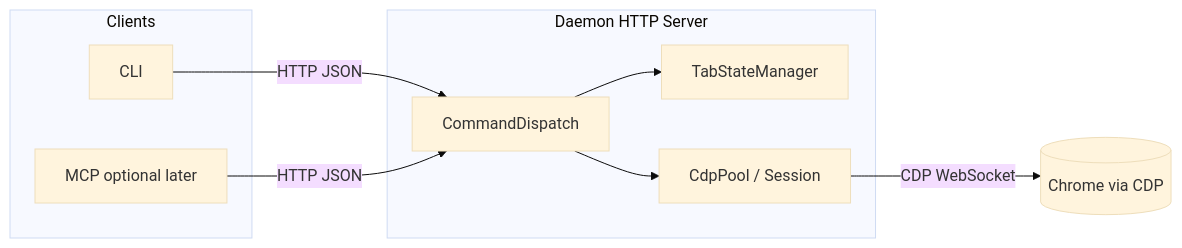
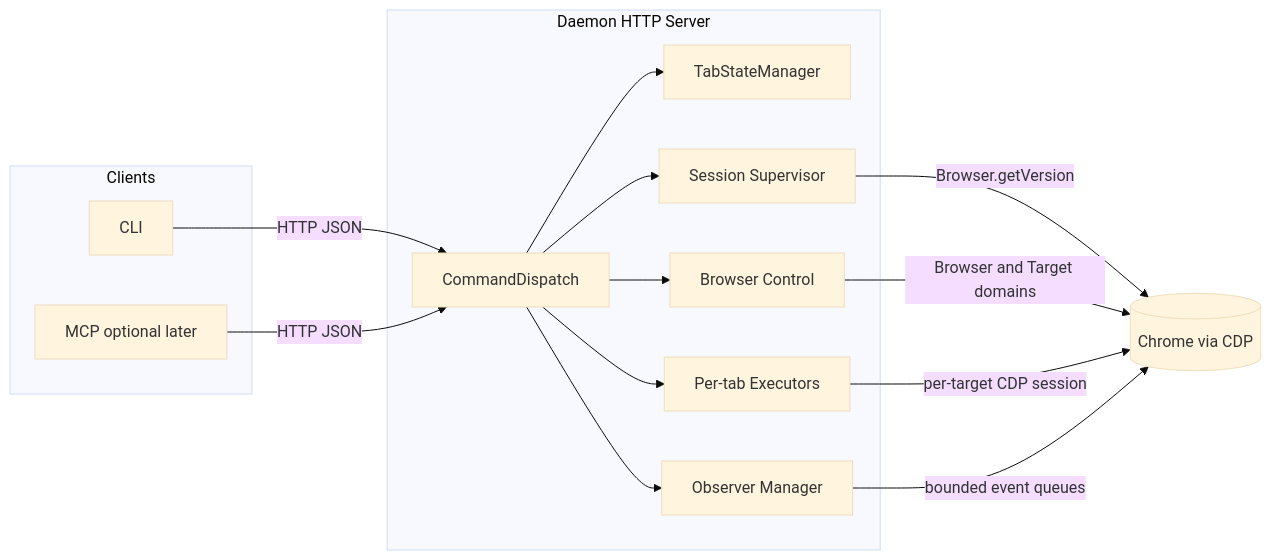
One commit to yiplee/go-bb-browser changed the diagram in docs/IMPLEMENTATION_PLAN.md. Above: the diagram before and after it, drawn with Mermaid (base theme). The commit also changed other lines of this file and 35 other files, not shown here.

First line of the commit message:
Refactor bb-daemon session supervision and tab lifecycle (#18)

````diff
--- a/docs/IMPLEMENTATION_PLAN.md
+++ b/docs/IMPLEMENTATION_PLAN.md
@@ -35,18 +35,27 @@
 ```mermaid
 flowchart LR
   subgraph clients [Clients]
     CLI[CLI]
     MCP[MCP optional later]
   end
   subgraph daemon [Daemon HTTP Server]
     Dispatch[CommandDispatch]
     Tabs[TabStateManager]
-    CDP[CdpPool / Session]
+    Supervisor[Session Supervisor]
+    Control[Browser Control]
+    TabsExec[Per-tab Executors]
+    Observers[Observer Manager]
   end
   Browser[(Chrome via CDP)]
   CLI -->|HTTP JSON| Dispatch
   MCP -->|HTTP JSON| Dispatch
   Dispatch --> Tabs
-  Dispatch --> CDP
-  CDP -->|CDP WebSocket| Browser
+  Dispatch --> Supervisor
+  Dispatch --> Control
+  Dispatch --> TabsExec
+  Dispatch --> Observers
+  Supervisor -->|Browser.getVersion| Browser
+  Control -->|Browser and Target domains| Browser
+  TabsExec -->|per-target CDP session| Browser
+  Observers -->|bounded event queues| Browser
 ```
````
